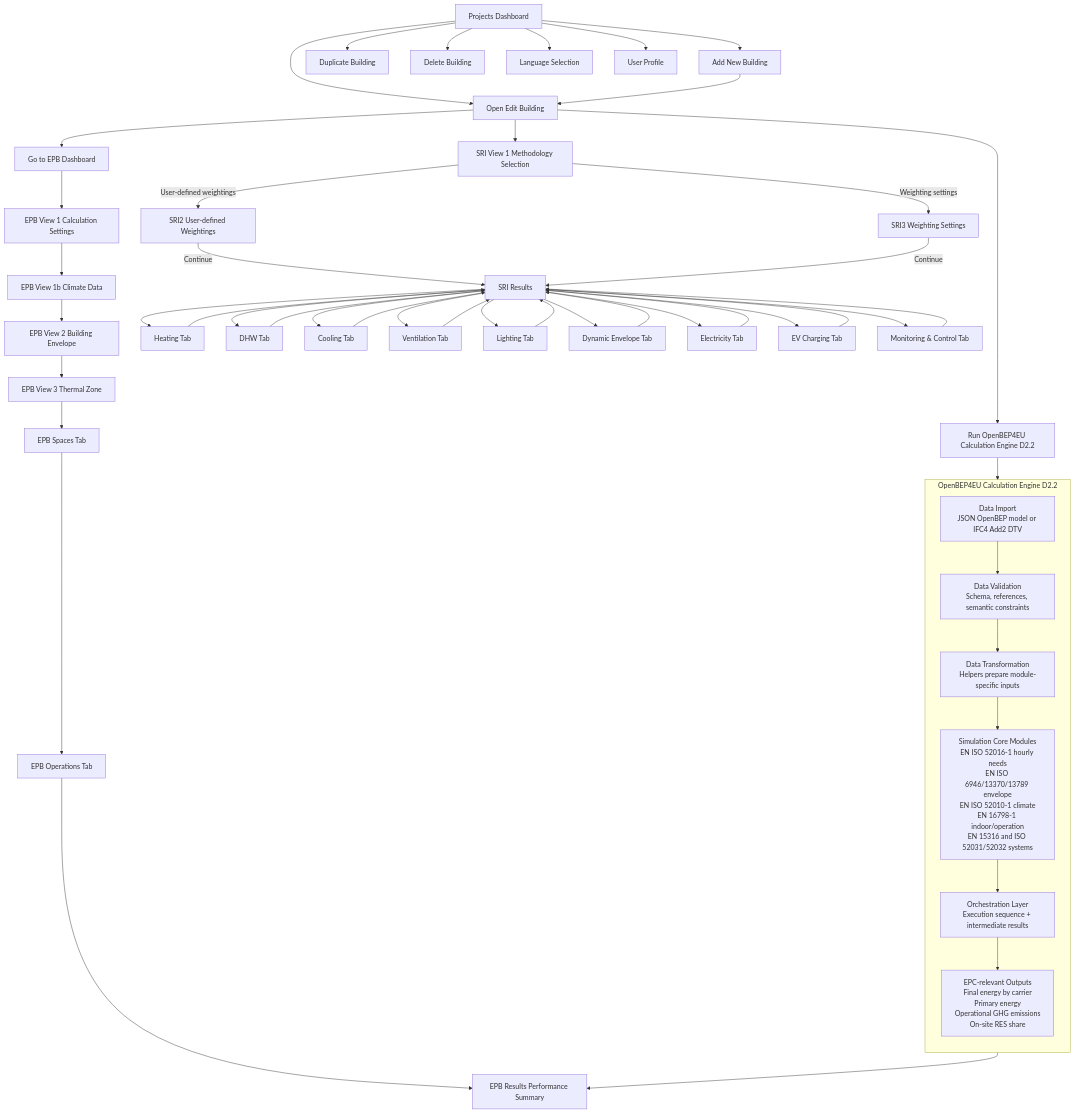
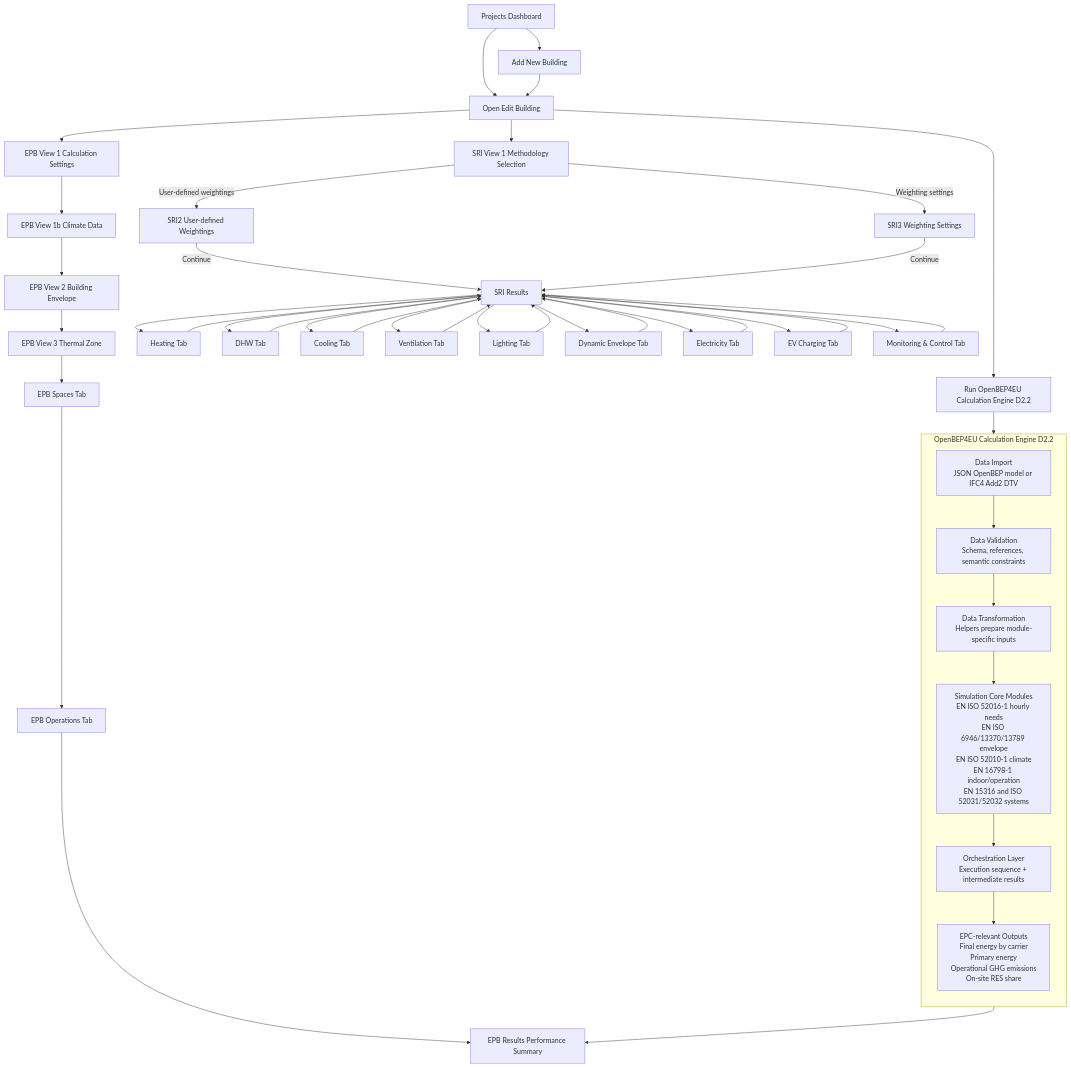
The diagram in input.mmd (pantazis/-building-performance-app), drawn with Mermaid before and after one commit. The commit also changed 15 other files, not shown here.

```diff
--- a/input.mmd
+++ b/input.mmd
@@ -1,62 +1,57 @@
 flowchart TD
 
 A[Projects Dashboard] --> B[Add New Building]
 A --> C[Open Edit Building]
-A --> D[Duplicate Building]
-A --> E[Delete Building]
-A --> G[Language Selection]
-A --> H[User Profile]
 
 B --> C
 
-C --> J[Go to EPB Dashboard]
 C --> SRI1[SRI View 1 Methodology Selection]
 
-J --> EPB1[EPB View 1 Calculation Settings]
+C --> EPB1[EPB View 1 Calculation Settings]
 EPB1 --> EPB1B[EPB View 1b Climate Data]
 EPB1B --> EPB2[EPB View 2 Building Envelope]
 EPB2 --> EPB3[EPB View 3 Thermal Zone]
 EPB3 --> EPBSPACES[EPB Spaces Tab]
 EPBSPACES --> EPBOPS[EPB Operations Tab]
 EPBOPS --> EPB4[EPB Results Performance Summary]
 
 SRI1 -->|User-defined weightings| SRI2[SRI2 User-defined Weightings]
 SRI1 -->|Weighting settings| SRI3[SRI3 Weighting Settings]
 SRI2 -->|Continue| SRI14[SRI14 Results]
 SRI3 -->|Continue| SRI14
 
 SRI14 --> SRI5[Heating Tab]
 SRI14 --> SRI6[DHW Tab]
 SRI14 --> SRI7[Cooling Tab]
 SRI14 --> SRI8[Ventilation Tab]
 SRI14 --> SRI9[Lighting Tab]
 SRI14 --> SRI10[Dynamic Envelope Tab]
 SRI14 --> SRI11[Electricity Tab]
 SRI14 --> SRI12[EV Charging Tab]
 SRI14 --> SRI13[Monitoring & Control Tab]
 
 SRI5 --> SRI14[SRI Results]
 SRI6 --> SRI14[SRI Results]
 SRI7 --> SRI14[SRI Results]
 SRI8 --> SRI14[SRI Results]
 SRI9 --> SRI14[SRI Results]
 SRI10 --> SRI14[SRI Results]
 SRI11 --> SRI14[SRI Results]
 SRI12 --> SRI14[SRI Results]
 SRI13 --> SRI14[SRI Results]
 
 %% D2.2 Advanced EU Kernel EPC Engine integration
 C --> CE0[Run OpenBEP4EU Calculation Engine D2.2]
 
 subgraph CE[OpenBEP4EU Calculation Engine D2.2]
 direction TB
 CE1[Data Import\nJSON OpenBEP model or IFC4 Add2 DTV]
 CE2[Data Validation\nSchema, references, semantic constraints]
 CE3[Data Transformation\nHelpers prepare module-specific inputs]
 CE4[Simulation Core Modules\nEN ISO 52016-1 hourly needs\nEN ISO 6946/13370/13789 envelope\nEN ISO 52010-1 climate\nEN 16798-1 indoor/operation\nEN 15316 and ISO 52031/52032 systems]
 CE5[Orchestration Layer\nExecution sequence + intermediate results]
 CE6[EPC-relevant Outputs\nFinal energy by carrier\nPrimary energy\nOperational GHG emissions\nOn-site RES share]
 end
 
 CE0 --> CE1 --> CE2 --> CE3 --> CE4 --> CE5 --> CE6
 CE6 --> EPB4
```
